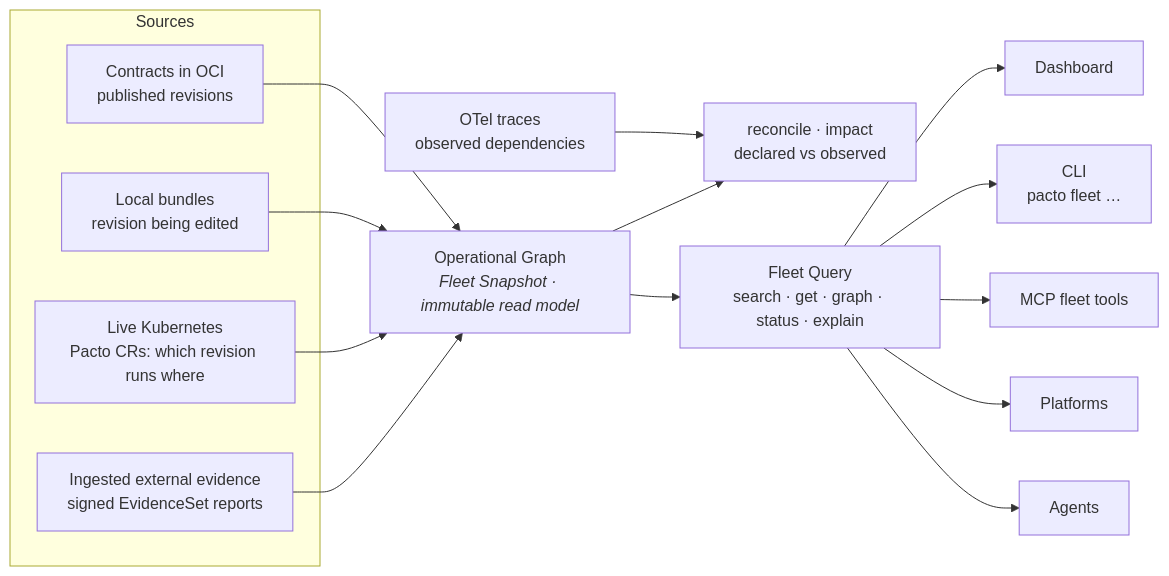
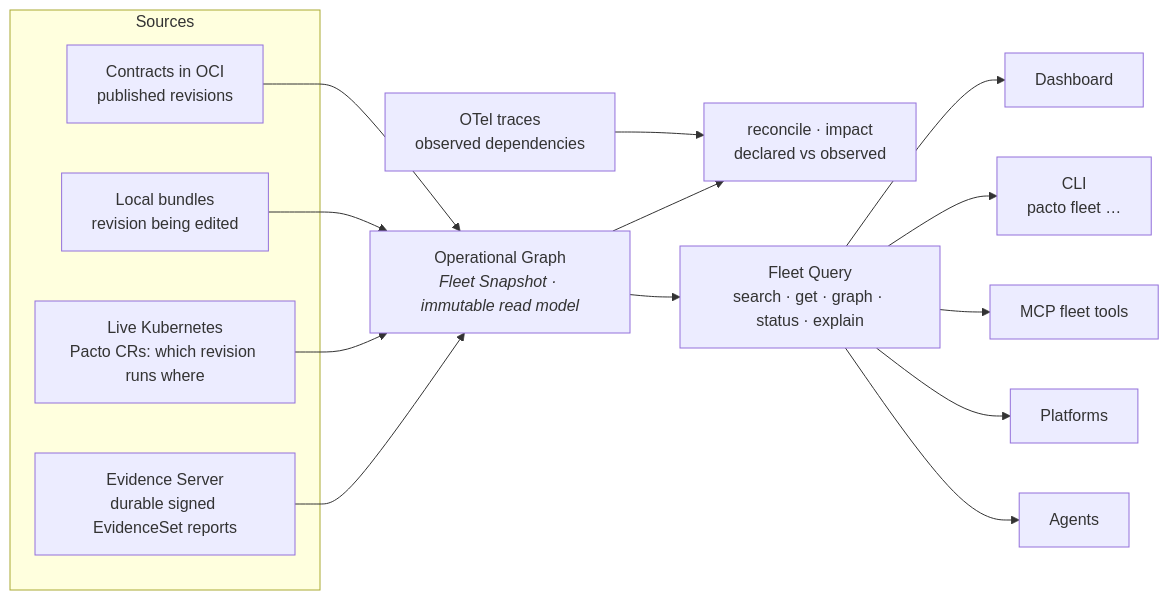
One commit to TrianaLab/pacto changed the first of 2 diagrams in docs/operational-graph.md. Above: the diagram before and after it, drawn with Mermaid. The commit also changed other lines of this file and 2 other files, not shown here.

First line of the commit message:
docs: durable Evidence Server storage, recovery and deployment

````diff
--- a/docs/operational-graph.md
+++ b/docs/operational-graph.md
@@ -161,23 +165,23 @@
 ```mermaid
 flowchart LR
     subgraph Sources["Sources"]
         OCI["Contracts in OCI<br/>published revisions"]
         LOCAL["Local bundles<br/>revision being edited"]
         K8S["Live Kubernetes<br/>Pacto CRs: which revision runs where"]
-        EVI["Ingested external evidence<br/>signed EvidenceSet reports"]
+        EVI["Evidence Server<br/>durable signed EvidenceSet reports"]
     end
     OTEL["OTel traces<br/>observed dependencies"]
     OCI --> OG
     LOCAL --> OG
     K8S --> OG
     EVI --> OG
     OG["Operational Graph<br/><i>Fleet Snapshot · immutable read model</i>"]
     OTEL --> RECON["reconcile · impact<br/>declared vs observed"]
     OG --> RECON
     OG --> Q["Fleet Query<br/>search · get · graph · status · explain"]
     Q --> DASH["Dashboard"]
     Q --> CLI["CLI<br/>pacto fleet …"]
     Q --> MCP["MCP fleet tools"]
     Q --> PLAT["Platforms"]
     Q --> AGENT["Agents"]
 ```
````
